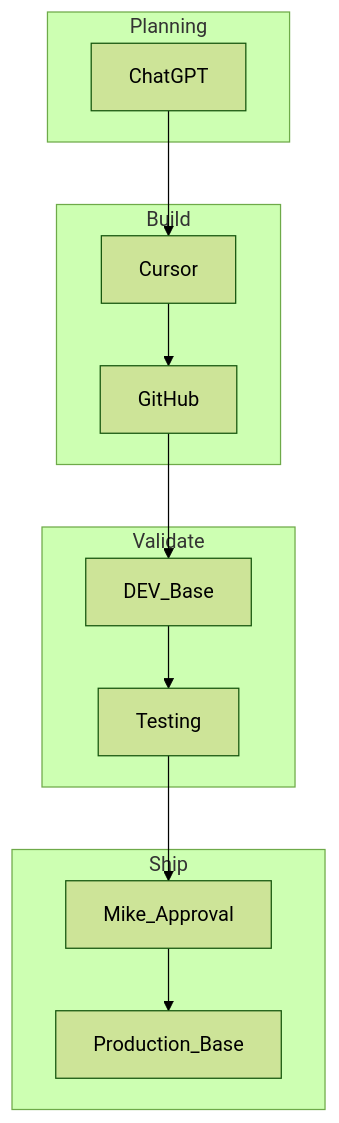
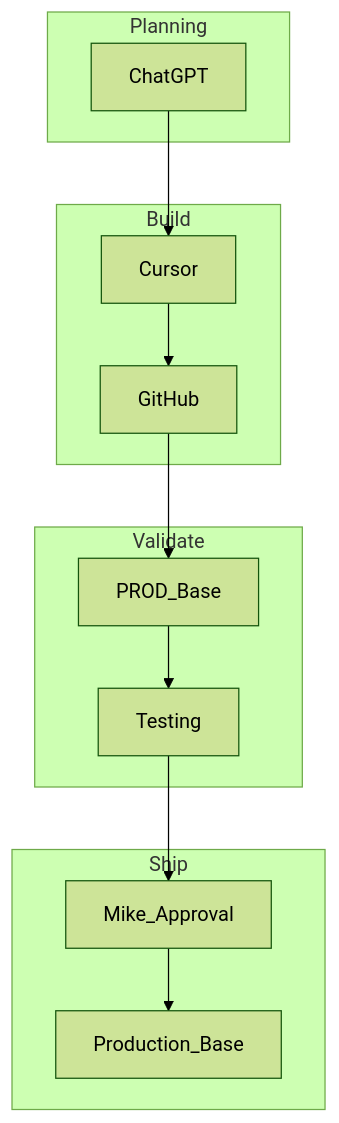
The third of 3 diagrams in docs/chatgpt-sources/12-ai-development-standards.md (Schmidt127/127-si-shooting-challenge), drawn with Mermaid (forest theme) before and after one commit. The commit also changed other lines of this file and 114 other files, not shown here.

````diff
--- a/docs/chatgpt-sources/12-ai-development-standards.md
+++ b/docs/chatgpt-sources/12-ai-development-standards.md
@@ -149,25 +149,25 @@
 ```mermaid
 flowchart TB
     subgraph plan [Planning]
         ChatGPT[ChatGPT]
     end
     subgraph build [Build]
         Cursor[Cursor]
         GitHub[GitHub]
     end
     subgraph validate [Validate]
-        Production[DEV_Base]
+        Production[PROD_Base]
         Testing[Testing]
     end
     subgraph ship [Ship]
         Approval[Mike_Approval]
         Prod[Production_Base]
     end
 
     ChatGPT --> Cursor
     Cursor --> GitHub
     GitHub --> Production
     Production --> Testing
     Testing --> Approval
     Approval --> Prod
 ```
````
